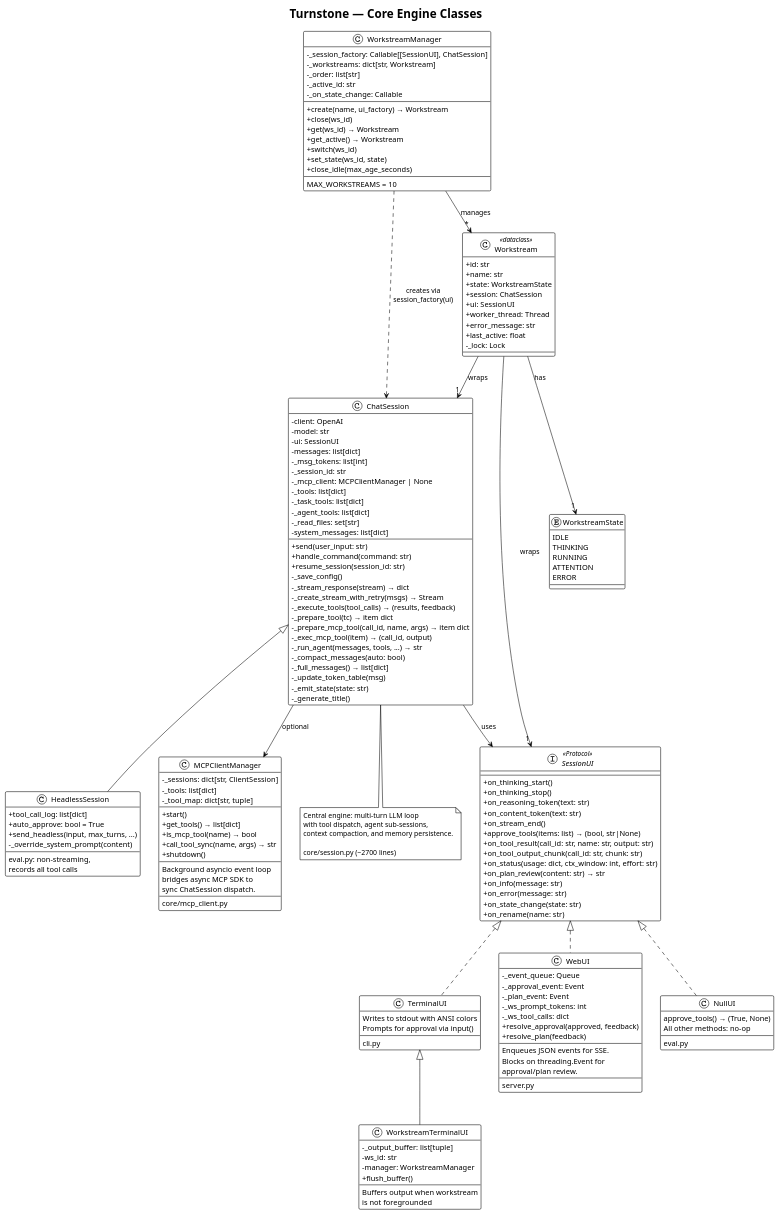
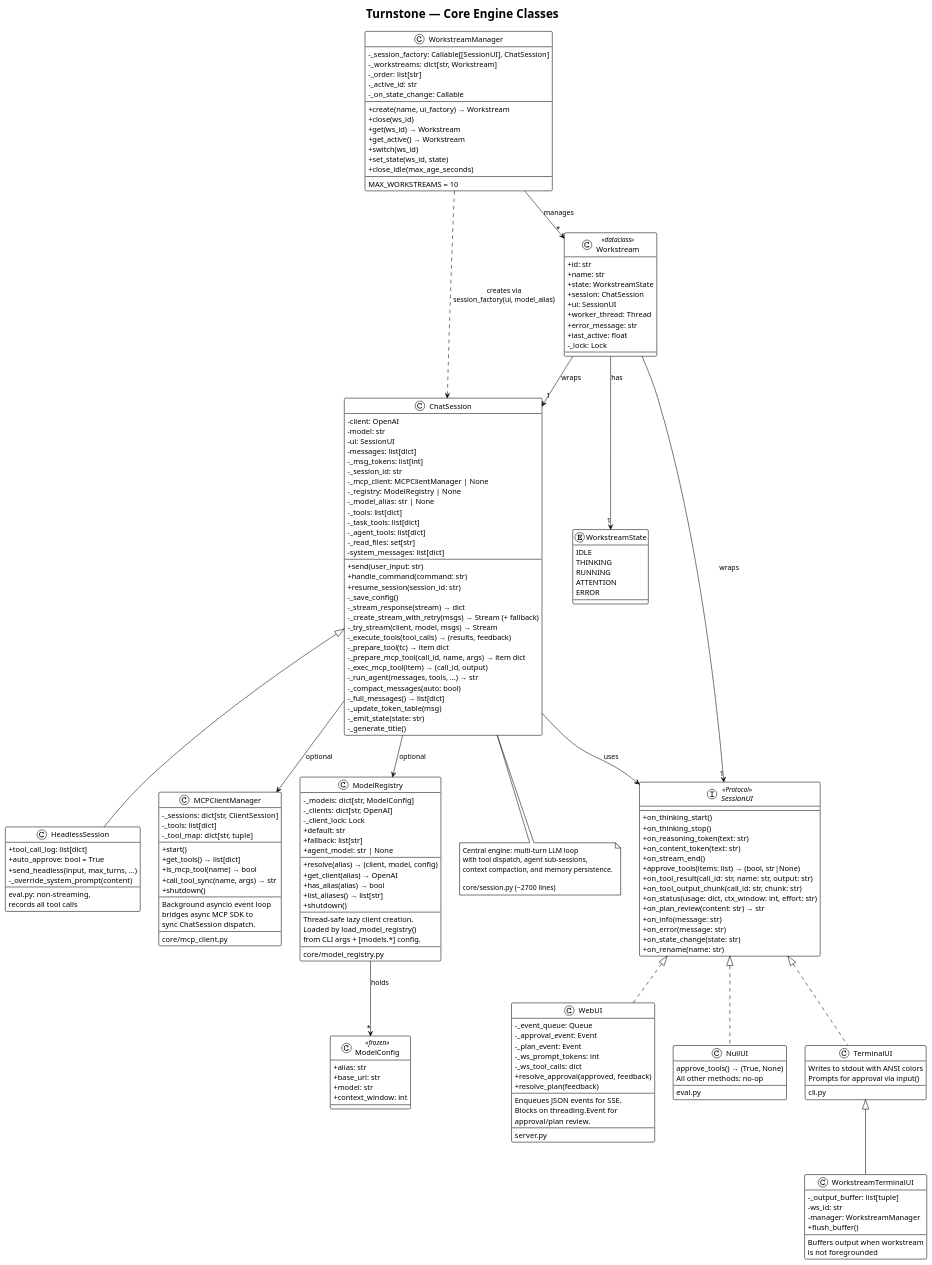
The diagram in docs/diagrams/03-core-engine-classes.puml (turnstonelabs/turnstone), drawn with PlantUML before and after one commit. The commit also changed 21 other files, not shown here.

```diff
--- a/docs/diagrams/03-core-engine-classes.puml
+++ b/docs/diagrams/03-core-engine-classes.puml
@@ -72,6 +72,8 @@
     - _msg_tokens: list[int]
     - _session_id: str
     - _mcp_client: MCPClientManager | None
+    - _registry: ModelRegistry | None
+    - _model_alias: str | None
     - _tools: list[dict]
     - _task_tools: list[dict]
     - _agent_tools: list[dict]
@@ -83,7 +85,8 @@
     + resume_session(session_id: str)
     - _save_config()
     - _stream_response(stream) → dict
-    - _create_stream_with_retry(msgs) → Stream
+    - _create_stream_with_retry(msgs) → Stream (+ fallback)
+    - _try_stream(client, model, msgs) → Stream
     - _execute_tools(tool_calls) → (results, feedback)
     - _prepare_tool(tc) → item dict
     - _prepare_mcp_tool(call_id, name, args) → item dict
@@ -167,6 +170,35 @@
     core/mcp_client.py
 }
 
+' ModelRegistry
+class "ModelRegistry" as ModelReg {
+    - _models: dict[str, ModelConfig]
+    - _clients: dict[str, OpenAI]
+    - _client_lock: Lock
+    + default: str
+    + fallback: list[str]
+    + agent_model: str | None
+    --
+    + resolve(alias) → (client, model, config)
+    + get_client(alias) → OpenAI
+    + has_alias(alias) → bool
+    + list_aliases() → list[str]
+    + shutdown()
+    --
+    Thread-safe lazy client creation.
+    Loaded by load_model_registry()
+    from CLI args + [models.*] config.
+    --
+    core/model_registry.py
+}
+
+class "ModelConfig" as ModelCfg <<frozen>> {
+    + alias: str
+    + base_url: str
+    + model: str
+    + context_window: int
+}
+
 ' Relationships
 SessionUI <|.. TerminalUI
 TerminalUI <|-- WsTermUI
@@ -175,6 +207,7 @@
 
 ChatSession --> SessionUI : uses
 ChatSession --> MCPMgr : optional
+ChatSession --> ModelReg : optional
 ChatSession <|-- HeadlessSession
 
 WsMgr --> "*" Ws : manages
@@ -182,7 +215,9 @@
 Ws --> "1" SessionUI : wraps
 Ws --> "1" WsState : has
 
-WsMgr ..> ChatSession : creates via\nsession_factory(ui)
+WsMgr ..> ChatSession : creates via\nsession_factory(ui, model_alias)
+
+ModelReg --> "*" ModelCfg : holds
 
 note bottom of ChatSession
   Central engine: multi-turn LLM loop
```
